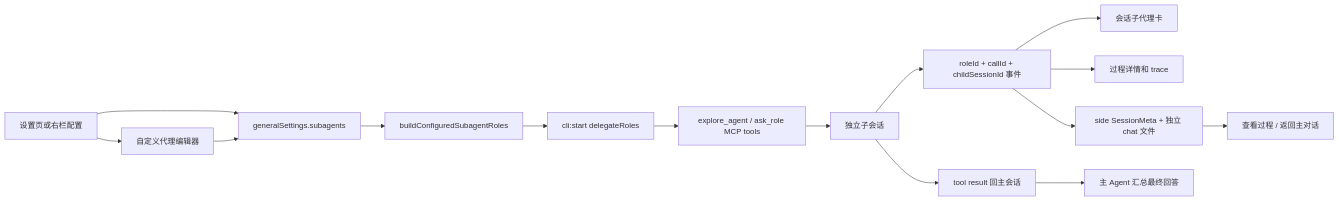
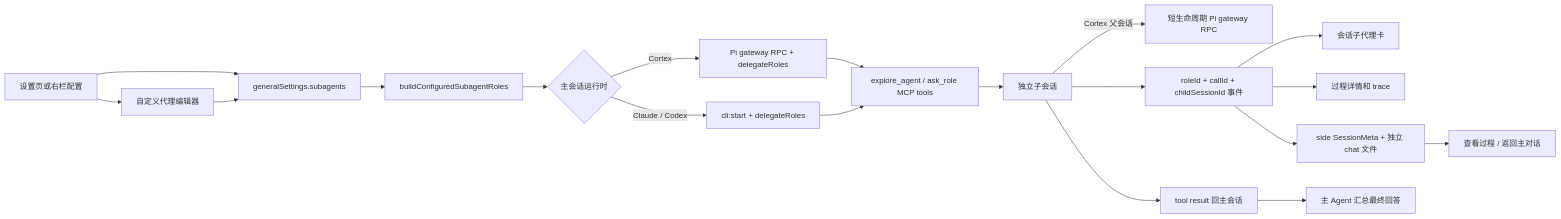
The diagram in docs/subagent-management.md (rambocode/cortex-work), drawn with Mermaid before and after one commit. The commit also changed other lines of this file and 40 other files, not shown here.

Commit message:
fix(personal): 强制 Cortex 会话使用 Pi RPC 审批

````diff
--- a/docs/subagent-management.md
+++ b/docs/subagent-management.md
@@ -20,17 +20,21 @@
 ```mermaid
 flowchart LR
   A[设置页或右栏配置] --> B[generalSettings.subagents]
   A --> N[自定义代理编辑器]
   N --> B
   B --> C[buildConfiguredSubagentRoles]
-  C --> D[cli:start delegateRoles]
-  D --> E[explore_agent / ask_role MCP tools]
+  C --> D{主会话运行时}
+  D -->|Cortex| P[Pi gateway RPC + delegateRoles]
+  D -->|Claude / Codex| Q[cli:start + delegateRoles]
+  P --> E[explore_agent / ask_role MCP tools]
+  Q --> E
   E --> F[独立子会话]
+  F -->|Cortex 父会话| R[短生命周期 Pi gateway RPC]
   F --> G[roleId + callId + childSessionId 事件]
   G --> H[会话子代理卡]
   G --> I[过程详情和 trace]
   G --> L[side SessionMeta + 独立 chat 文件]
   L --> M[查看过程 / 返回主对话]
   F --> J[tool result 回主会话]
   J --> K[主 Agent 汇总最终回答]
 ```
````
